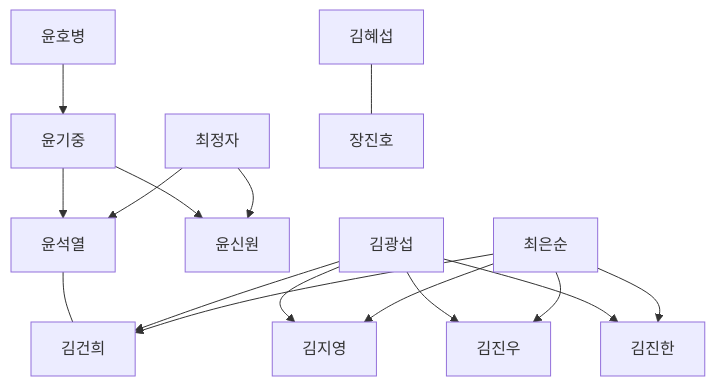
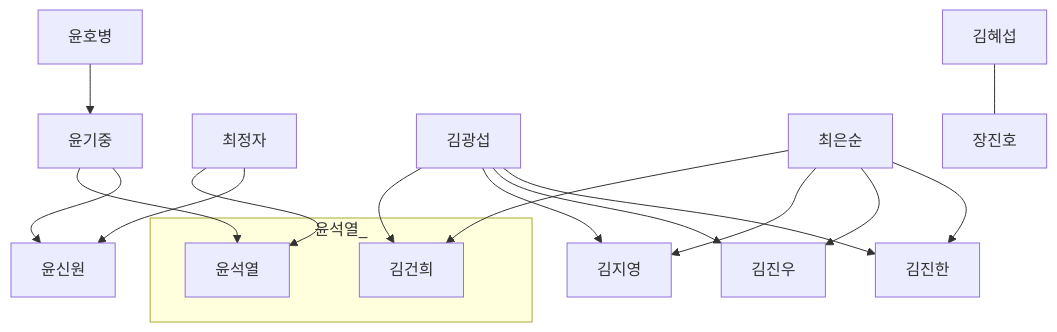
Before and after one commit to daewonyoon/historigram: the diagram in 한국사/윤석열.md, drawn with Mermaid. The commit also changed 1 other file, not shown here.

Commit message:
수정

````diff
--- a/한국사/윤석열.md
+++ b/한국사/윤석열.md
@@ -1,28 +1,31 @@
 ```mermaid
 graph TB
 
 윤호병 --> 윤기중
 
 윤기중 --> 윤석열
 최정자 --> 윤석열
 
 윤기중 --> 윤신원
 최정자 --> 윤신원
 
-윤석열 --- 김건희
+subgraph 윤석열_
+윤석열 
+김건희
+end
 
 김광섭 --> 김건희
 최은순 --> 김건희
 
 
 김광섭 --> 김지영
 최은순 --> 김지영
 
 김광섭 --> 김진우
 최은순 --> 김진우
 
 김광섭 --> 김진한
 최은순 --> 김진한
 
 김혜섭 --- 장진호
 ```
````
